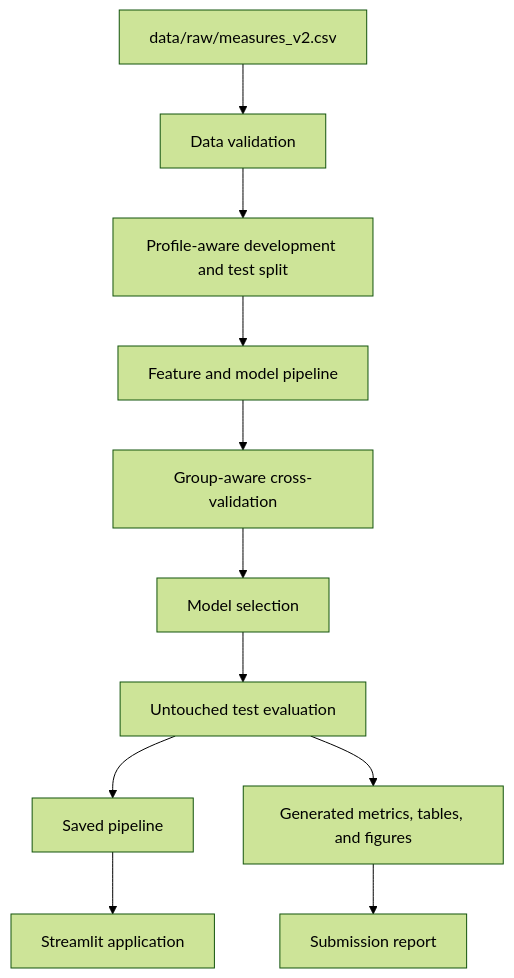
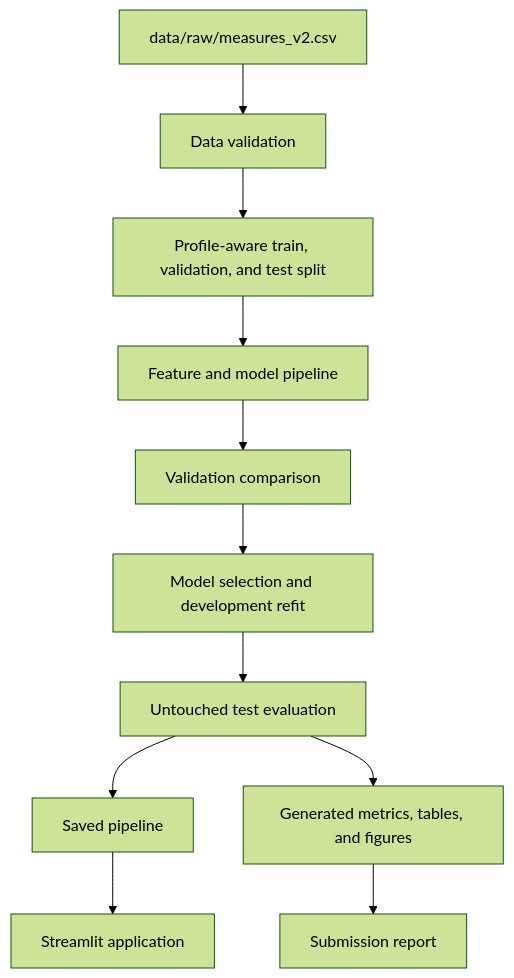
Before and after one commit to Kanha-Gupta18/ai-project: the diagram in docs/ARCHITECTURE.md, drawn with Mermaid (forest theme). The commit also changed other lines of this file and 10 other files, not shown here.

Commit message:
fix: separate model selection from final evaluation

````diff
--- a/docs/ARCHITECTURE.md
+++ b/docs/ARCHITECTURE.md
@@ -5,13 +5,13 @@
 ```mermaid
 flowchart TD
     A[data/raw/measures_v2.csv] --> B[Data validation]
-    B --> C[Profile-aware development and test split]
+    B --> C[Profile-aware train, validation, and test split]
     C --> D[Feature and model pipeline]
-    D --> E[Group-aware cross-validation]
-    E --> F[Model selection]
+    D --> E[Validation comparison]
+    E --> F[Model selection and development refit]
     F --> G[Untouched test evaluation]
     G --> H[Saved pipeline]
     G --> I[Generated metrics, tables, and figures]
     H --> J[Streamlit application]
     I --> K[Submission report]
 ```
````
